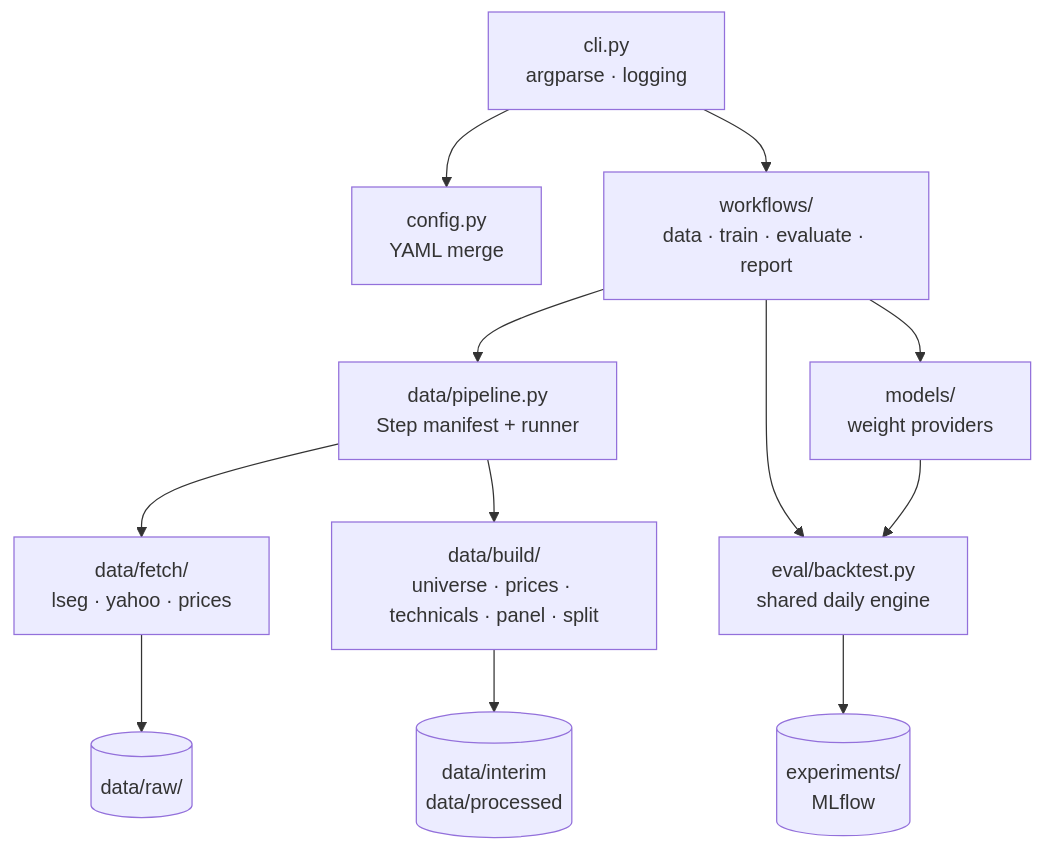
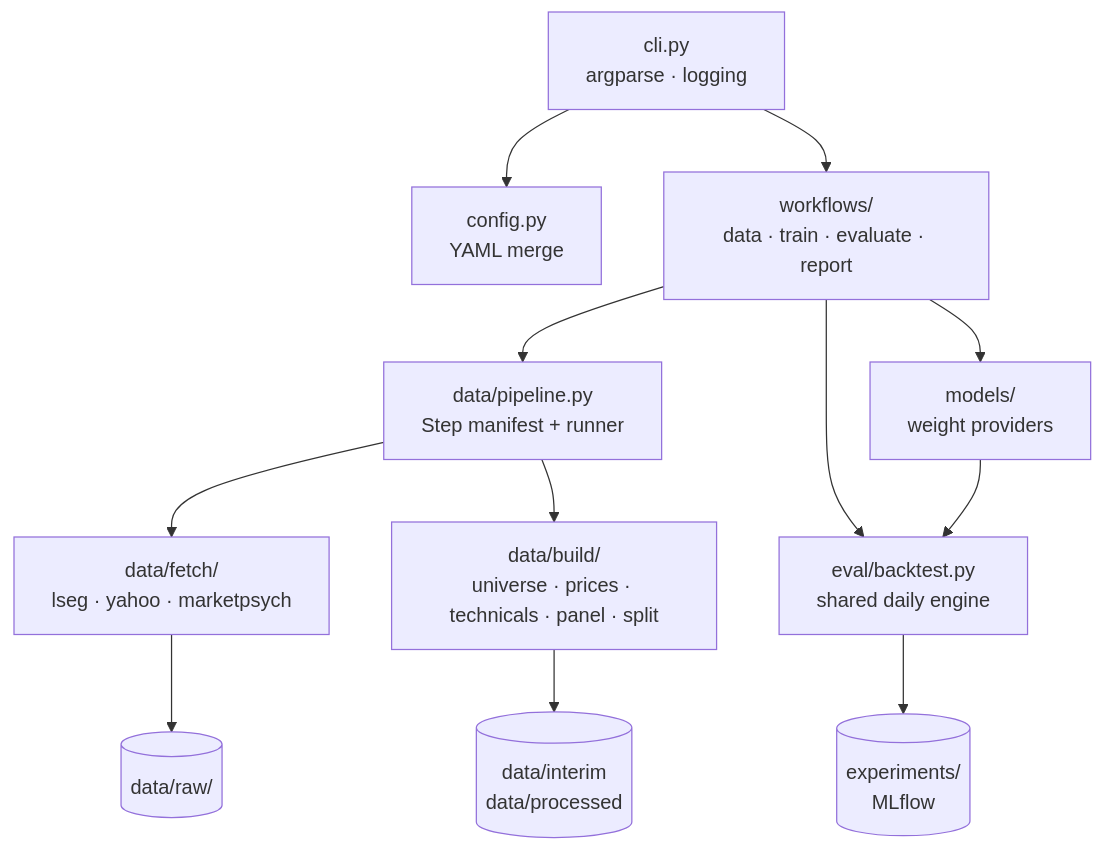
The diagram in docs/architecture.md (life00/factor-weaver), drawn with Mermaid before and after one commit. The commit also changed other lines of this file and 13 other files, not shown here.

First line of the commit message:
fix(data): price the universe share line; drop Yahoo stock fallback

````diff
--- a/docs/architecture.md
+++ b/docs/architecture.md
@@ -16,16 +16,16 @@
 ```mermaid
 flowchart TB
   cli["cli.py<br/>argparse · logging"] --> config["config.py<br/>YAML merge"]
   cli --> workflows["workflows/<br/>data · train · evaluate · report"]
 
   workflows --> pipeline["data/pipeline.py<br/>Step manifest + runner"]
-  pipeline --> fetch["data/fetch/<br/>lseg · yahoo · prices"]
+  pipeline --> fetch["data/fetch/<br/>lseg · yahoo · marketpsych"]
   pipeline --> build["data/build/<br/>universe · prices · technicals · panel · split"]
   fetch --> raw[("data/raw/")]
   build --> derived[("data/interim<br/>data/processed")]
 
   workflows --> models["models/<br/>weight providers"]
   workflows --> engine["eval/backtest.py<br/>shared daily engine"]
   models --> engine
   engine --> experiments[("experiments/<br/>MLflow")]
 ```
````
